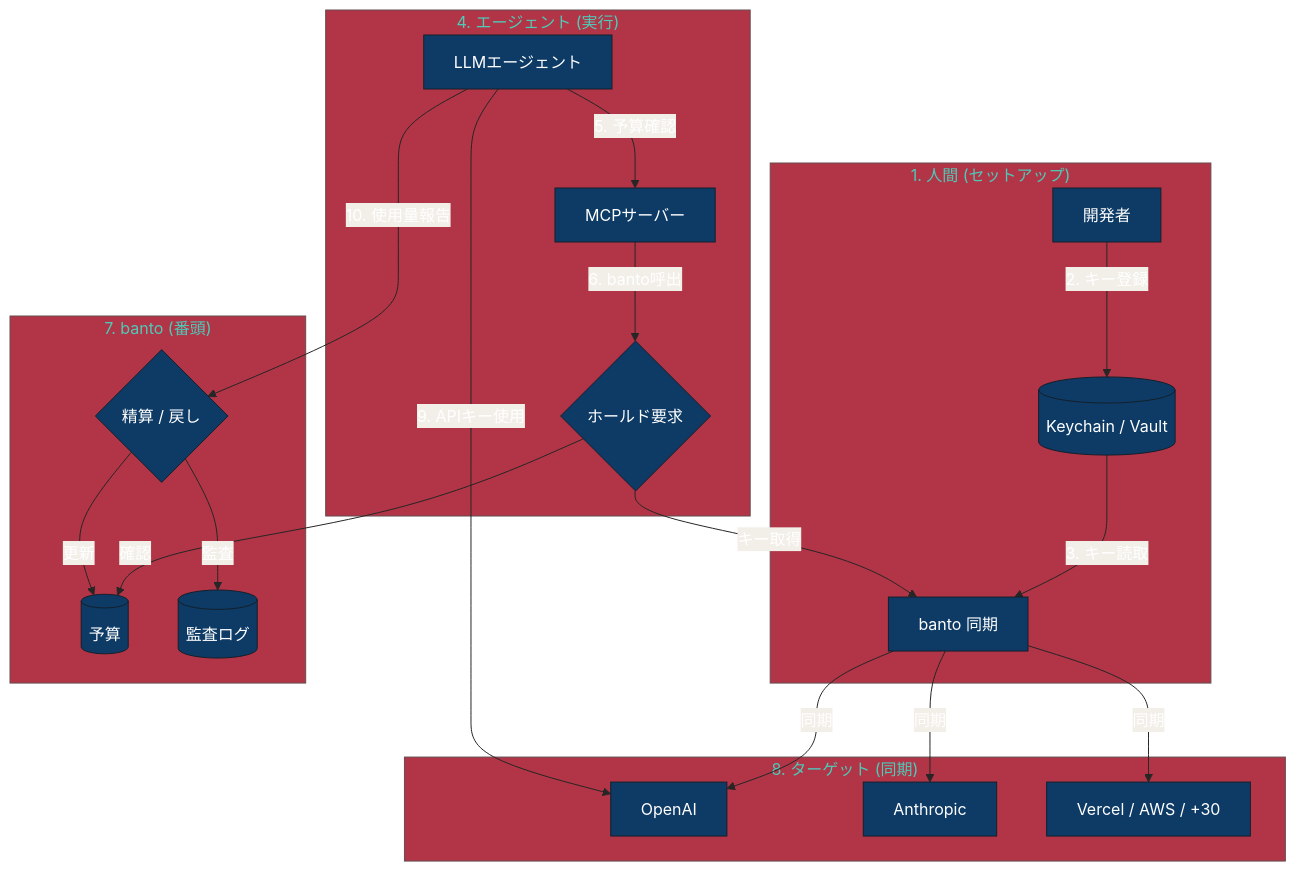
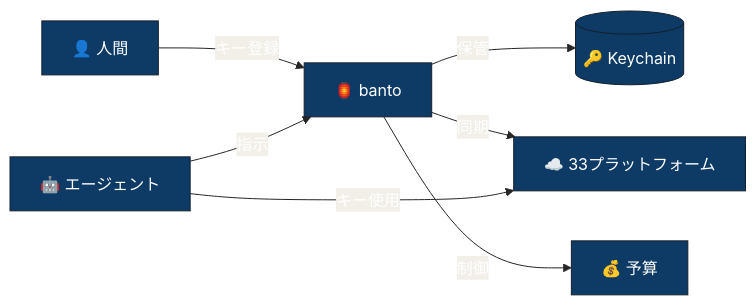
The diagram in README.ja.md (allnew-llc/banto), drawn with Mermaid before and after one commit. The commit also changed other lines of this file and 2 other files, not shown here.

Commit message:
design: visual overhaul — conceptual flow, remove implementation noise
Problems fixed:
- Architecture SVG was implementation-heavy (ctypes, stdin, tempfile)
- Mermaid had clashing red (#B13546) — removed tertiaryColor entirely
- Two incompatible visual styles in one README

Changes:
- Replaced architecture.svg with conceptual-flow.png (Gemini-generated)
- Mermaid rewritten as minimal conceptual flow:
  Human → banto → Keychain / 33 Platforms / Budget
  Agent → banto → use key → Platforms
- Only 墨 (#262626) + 藍 (#0D3B66) + 練色 (#F2EFE9) — no red
- Simplified description text (removed implementation details)
- Both EN + JA updated

````diff
--- a/README.ja.md
+++ b/README.ja.md
@@ -29,31 +29,10 @@
 ```mermaid
-%%{init: {'theme': 'base', 'themeVariables': { 'primaryColor': '#0D3B66', 'primaryTextColor': '#fff', 'lineColor': '#262626', 'edgeLabelBackground':'#F2EFE9', 'secondaryColor': '#F2EFE9', 'tertiaryColor': '#B13546'}}}%%
-graph TD
-    subgraph Users ["1. 人間 (セットアップ)"]
-        H[開発者] -->|2. キー登録| KC[(Keychain / Vault)]
-        KC -->|3. キー読取| C[banto 同期]
-    end
-
-    subgraph Agents ["4. エージェント (実行)"]
-        A[LLMエージェント] -->|5. 予算確認| MCP[MCPサーバー]
-        MCP -->|6. banto呼出| B
-    end
-
-    subgraph Banto_Guard ["7. banto (番頭)"]
-        B{ホールド要求}
-        B -->|確認| V[(予算)]
-        B -->|キー取得| C
-        D{精算 / 戻し}
-        D -->|更新| V
-        D -->|監査| L[(監査ログ)]
-    end
-
-    subgraph Targets ["8. ターゲット (同期)"]
-        C -->|同期| T1[OpenAI]
-        C -->|同期| T2[Anthropic]
-        C -->|同期| T3[Vercel / AWS / +30]
-    end
-
-    A -->|9. APIキー使用| T1
-    A -->|10. 使用量報告| D
+%%{init: {'theme': 'base', 'themeVariables': { 'primaryColor': '#0D3B66', 'primaryTextColor': '#fff', 'lineColor': '#262626', 'edgeLabelBackground':'#F2EFE9', 'secondaryColor': '#F2EFE9'}}}%%
+graph LR
+    H["👤 人間"] -->|キー登録| B["🏮 banto"]
+    A["🤖 エージェント"] -->|指示| B
+    B -->|保管| K[("🔑 Keychain")]
+    B -->|同期| T["☁️ 33プラットフォーム"]
+    B -->|制御| BG["💰 予算"]
+    A -->|キー使用| T
 ```
````
